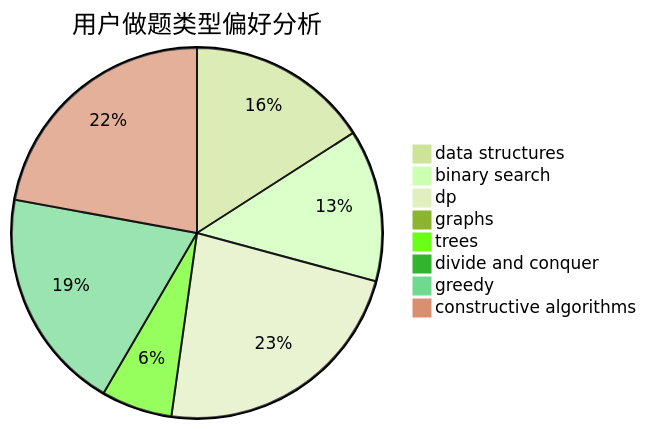
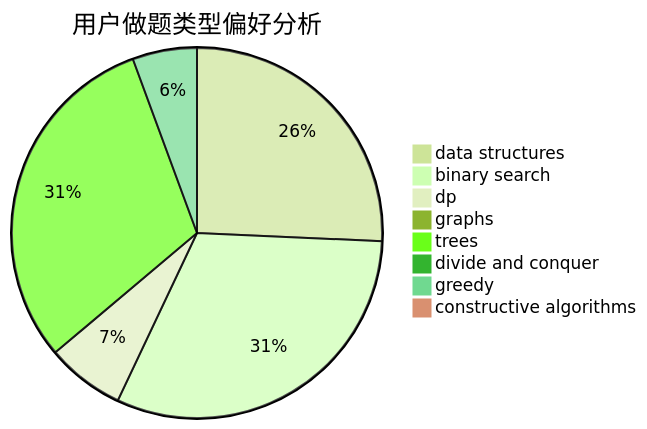
Before and after one commit to sherpahu/cfrs.github.io: the second of 3 diagrams in docs/user/u1227.md, drawn with Mermaid (forest theme). The commit also changed other lines of this file and 2770 other files, not shown here.

````diff
--- a/docs/user/u1227.md
+++ b/docs/user/u1227.md
@@ -23,11 +23,11 @@
 ```mermaid
 pie title 用户做题类型偏好分析
-    "data structures" :  18
-    "binary search" :  15
-    "dp" :  26
+    "data structures" :  64
+    "binary search" :  78
+    "dp" :  17
     "graphs" :  0
-    "trees" :  7
+    "trees" :  76
     "divide and conquer" :  0
-    "greedy" :  22
-    "constructive algorithms" :  25
+    "greedy" :  14
+    "constructive algorithms" :  0
 ```
````
